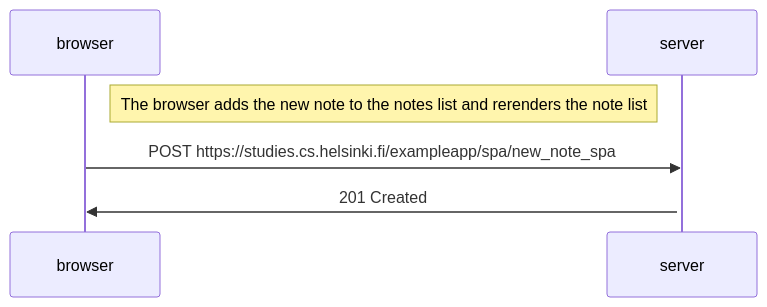
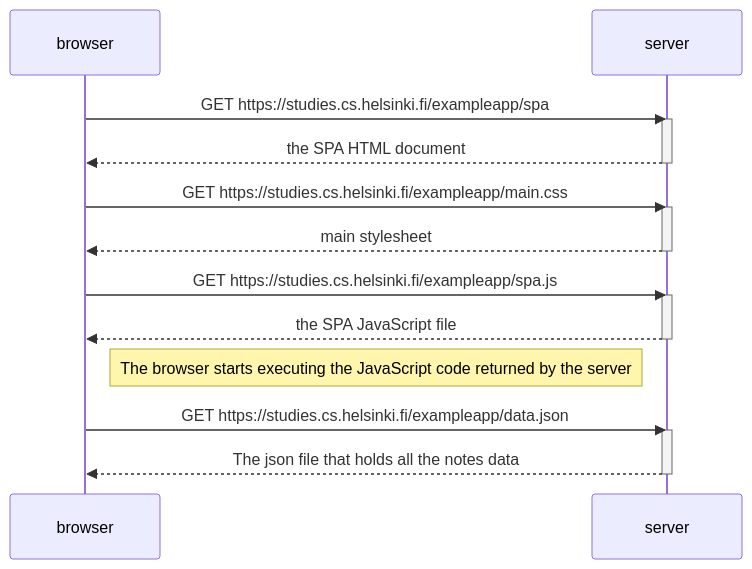
Before and after one commit to ada-ip/fullstackopen: the diagram in part0/singlepageappdiagram.md, drawn with Mermaid.

````diff
--- a/part0/singlepageappdiagram.md
+++ b/part0/singlepageappdiagram.md
@@ -1,11 +1,23 @@
 ```mermaid
 sequenceDiagram
-participant browser
-participant server
+    participant browser
+    participant server
 
-Note right of browser: The browser adds the new note to the notes list and rerenders the note list
-browser ->> server: POST https://studies.cs.helsinki.fi/exampleapp/spa/new_note_spa
-activate server
-server ->> browser: 201 Created
-activate server
+    browser->>server: GET https://studies.cs.helsinki.fi/exampleapp/spa
+    activate server
+    server-->>browser: the SPA HTML document
+    deactivate server
+    browser->>server: GET https://studies.cs.helsinki.fi/exampleapp/main.css
+    activate server
+    server-->>browser: main stylesheet
+    deactivate server
+    browser->>server: GET https://studies.cs.helsinki.fi/exampleapp/spa.js
+    activate server
+    server-->>browser: the SPA JavaScript file
+    deactivate server
+    Note right of browser: The browser starts executing the JavaScript code returned by the server
+    browser->>server: GET https://studies.cs.helsinki.fi/exampleapp/data.json
+    activate server
+    server-->>browser: The json file that holds all the notes data
+    deactivate server
 ```
````
